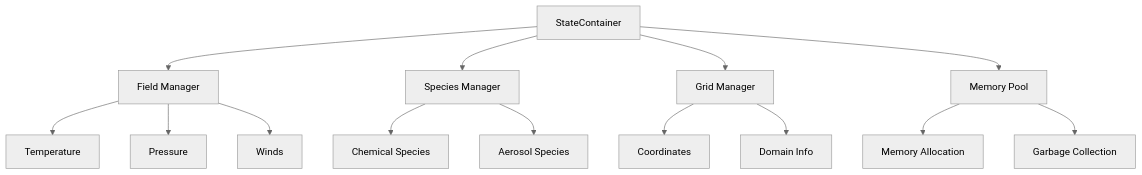
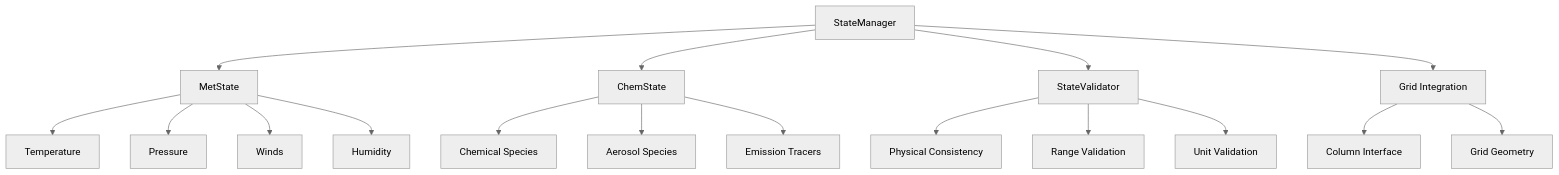
One commit to jianheACM/CATChem changed the diagram in docs/guides/statecontainer.md. Above: the diagram before and after it, drawn with Mermaid (neutral theme). The commit also changed other lines of this file and 115 other files, not shown here.

````diff
--- a/docs/guides/statecontainer.md
+++ b/docs/guides/statecontainer.md
@@ -16,20 +16,23 @@
 ```mermaid
 flowchart TB
-    A[StateContainer] --> B[Field Manager]
-    A --> C[Species Manager]
-    A --> D[Grid Manager]
-    A --> E[Memory Pool]
+    A[StateManager] --> B[MetState]
+    A --> C[ChemState]
+    A --> D[StateValidator]
+    A --> E[Grid Integration]
 
     B --> F[Temperature]
     B --> G[Pressure]
     B --> H[Winds]
+    B --> I[Humidity]
 
-    C --> I[Chemical Species]
-    C --> J[Aerosol Species]
+    C --> J[Chemical Species]
+    C --> K[Aerosol Species]
+    C --> L[Emission Tracers]
 
-    D --> K[Coordinates]
-    D --> L[Domain Info]
+    D --> M[Physical Consistency]
+    D --> N[Range Validation]
+    D --> O[Unit Validation]
 
-    E --> M[Memory Allocation]
-    E --> N[Garbage Collection]
+    E --> P[Column Interface]
+    E --> Q[Grid Geometry]
 ```
````
